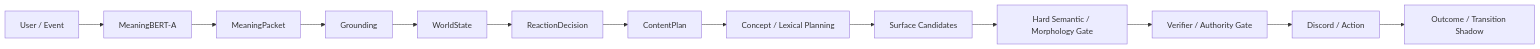
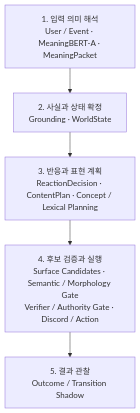
The first of 2 diagrams in README.md (snvoosy-arch/ai-companion-response-learning), drawn with Mermaid before and after one commit.

Commit message:
docs(rubrum): make architecture flow readable by default

````diff
--- a/README.md
+++ b/README.md
@@ -16,15 +16,10 @@
 ```mermaid
-flowchart LR
-    U[User / Event] --> M[MeaningBERT-A]
-    M --> P[MeaningPacket]
-    P --> G[Grounding]
-    G --> S[WorldState]
-    S --> R[ReactionDecision]
-    R --> C[ContentPlan]
-    C --> L[Concept / Lexical Planning]
-    L --> F[Surface Candidates]
-    F --> H[Hard Semantic / Morphology Gate]
-    H --> V[Verifier / Authority Gate]
-    V --> D[Discord / Action]
-    D --> O[Outcome / Transition Shadow]
+flowchart TB
+    A["1. 입력 의미 해석<br/>User / Event · MeaningBERT-A · MeaningPacket"]
+    B["2. 사실과 상태 확정<br/>Grounding · WorldState"]
+    C["3. 반응과 표현 계획<br/>ReactionDecision · ContentPlan · Concept / Lexical Planning"]
+    D["4. 후보 검증과 실행<br/>Surface Candidates · Semantic / Morphology Gate<br/>Verifier / Authority Gate · Discord / Action"]
+    E["5. 결과 관찰<br/>Outcome / Transition Shadow"]
+
+    A --> B --> C --> D --> E
 ```
````
